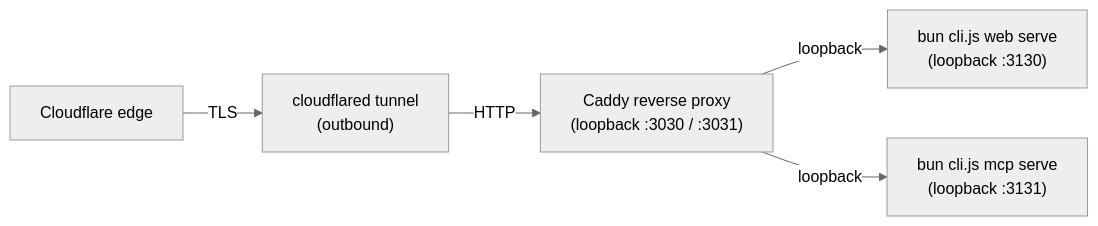
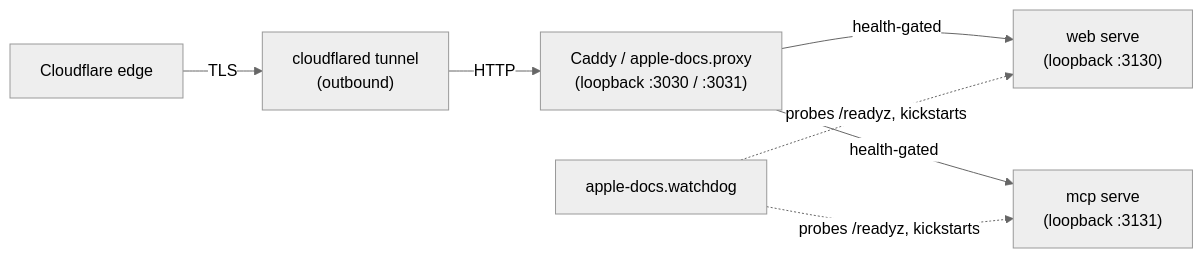
Before and after one commit to g-cqd/apple-docs: the diagram in docs/self-hosting.md, drawn with Mermaid (neutral theme). The commit also changed other lines of this file and 4 other files, not shown here.

````diff
--- a/docs/self-hosting.md
+++ b/docs/self-hosting.md
@@ -26,13 +27,16 @@
 ```mermaid
 flowchart LR
   CF["Cloudflare edge"]
   TUN["cloudflared tunnel<br/>(outbound)"]
-  CADDY["Caddy reverse proxy<br/>(loopback :3030 / :3031)"]
-  BUN_WEB["bun cli.js web serve<br/>(loopback :3130)"]
-  BUN_MCP["bun cli.js mcp serve<br/>(loopback :3131)"]
+  CADDY["Caddy / apple-docs.proxy<br/>(loopback :3030 / :3031)"]
+  BUN_WEB["web serve<br/>(loopback :3130)"]
+  BUN_MCP["mcp serve<br/>(loopback :3131)"]
+  WD["apple-docs.watchdog"]
 
   CF -- "TLS" --> TUN
   TUN -- "HTTP" --> CADDY
-  CADDY -- "loopback" --> BUN_WEB
-  CADDY -- "loopback" --> BUN_MCP
+  CADDY -- "health-gated" --> BUN_WEB
+  CADDY -- "health-gated" --> BUN_MCP
+  WD -. "probes /readyz, kickstarts" .-> BUN_WEB
+  WD -. "probes /readyz, kickstarts" .-> BUN_MCP
 ```
````
